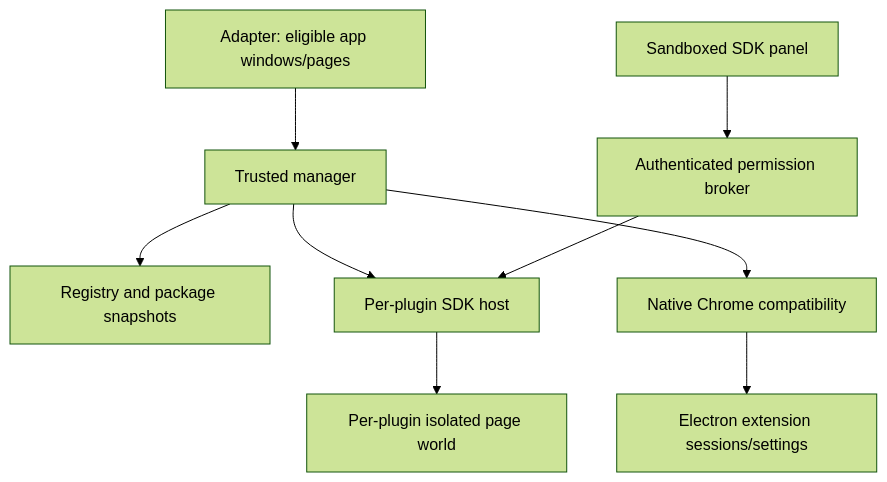
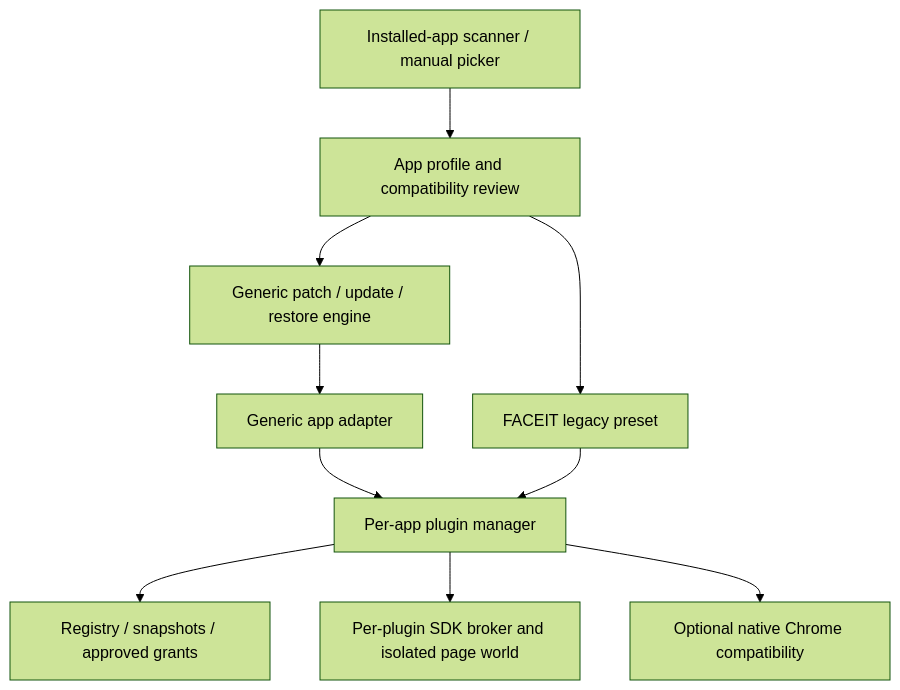
The diagram in docs/architecture.md (babymonie/bridgekit), drawn with Mermaid (forest theme) before and after one commit. The commit also changed other lines of this file and 57 other files, not shown here.

Commit message:
Add installed-app scanner and generic Electron patching

````diff
--- a/docs/architecture.md
+++ b/docs/architecture.md
@@ -5,11 +5,12 @@
 ```mermaid
 flowchart TD
-  A[Adapter: eligible app windows/pages] --> M[Trusted manager]
-  M --> R[Registry and package snapshots]
-  M --> S[Per-plugin SDK host]
-  M --> C[Native Chrome compatibility]
-  P[Sandboxed SDK panel] --> B[Authenticated permission broker]
-  B --> S
-  S --> W[Per-plugin isolated page world]
-  C --> E[Electron extension sessions/settings]
+  S[Installed-app scanner / manual picker] --> P[App profile and compatibility review]
+  P --> E[Generic patch / update / restore engine]
+  P --> F[FACEIT legacy preset]
+  E --> A[Generic app adapter]
+  A --> M[Per-app plugin manager]
+  F --> M
+  M --> R[Registry / snapshots / approved grants]
+  M --> B[Per-plugin SDK broker and isolated page world]
+  M --> C[Optional native Chrome compatibility]
 ```
````
